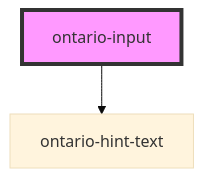
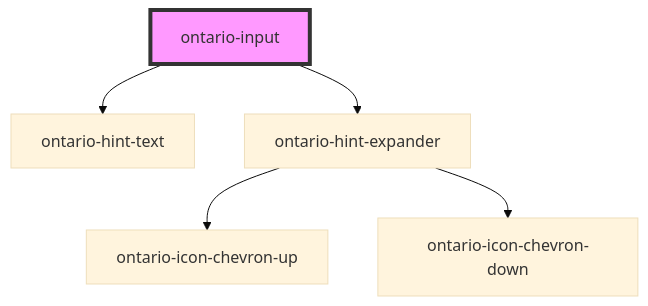
The diagram in packages/ontario-design-system-component-library/src/components/ontario-input/readme.md (ongov/ontario-design-system), drawn with Mermaid (base theme) before and after one commit. The commit also changed other lines of this file and 3 other files, not shown here.

````diff
--- a/packages/ontario-design-system-component-library/src/components/ontario-input/readme.md
+++ b/packages/ontario-design-system-component-library/src/components/ontario-input/readme.md
@@ -82,5 +69,8 @@
 ```mermaid
 graph TD;
   ontario-input --> ontario-hint-text
+  ontario-input --> ontario-hint-expander
+  ontario-hint-expander --> ontario-icon-chevron-up
+  ontario-hint-expander --> ontario-icon-chevron-down
   style ontario-input fill:#f9f,stroke:#333,stroke-width:4px
 ```
````
